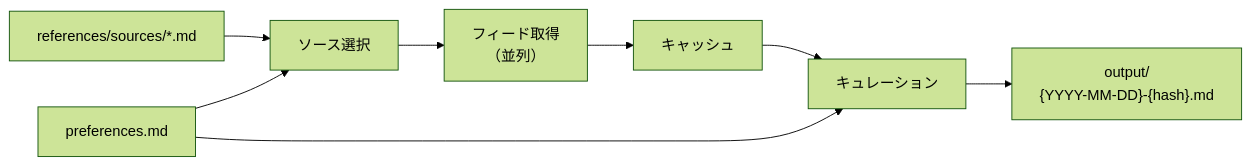
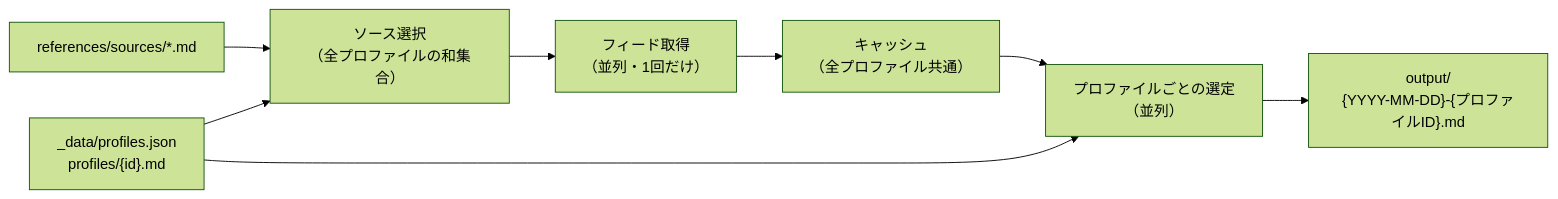
Before and after one commit to ha1f/news: the first of 2 diagrams in README.md, drawn with Mermaid (forest theme). The commit also changed other lines of this file and 39 other files, not shown here.

````diff
--- a/README.md
+++ b/README.md
@@ -22,10 +28,10 @@
 ```mermaid
 flowchart LR
-    sources["references/sources/*.md"] --> select["ソース選択"]
-    prefs["preferences.md"] --> select
-    select --> fetch["フィード取得\n（並列）"]
-    fetch --> cache["キャッシュ"]
-    cache --> curate["キュレーション"]
-    prefs --> curate
-    curate --> output["output/\n{YYYY-MM-DD}-{hash}.md"]
+    sources["references/sources/*.md"] --> select["ソース選択\n（全プロファイルの和集合）"]
+    profiles["_data/profiles.json\nprofiles/{id}.md"] --> select
+    select --> fetch["フィード取得\n（並列・1回だけ）"]
+    fetch --> cache["キャッシュ\n（全プロファイル共通）"]
+    cache --> curate["プロファイルごとの選定\n（並列）"]
+    profiles --> curate
+    curate --> output["output/\n{YYYY-MM-DD}-{プロファイルID}.md"]
 ```
````
